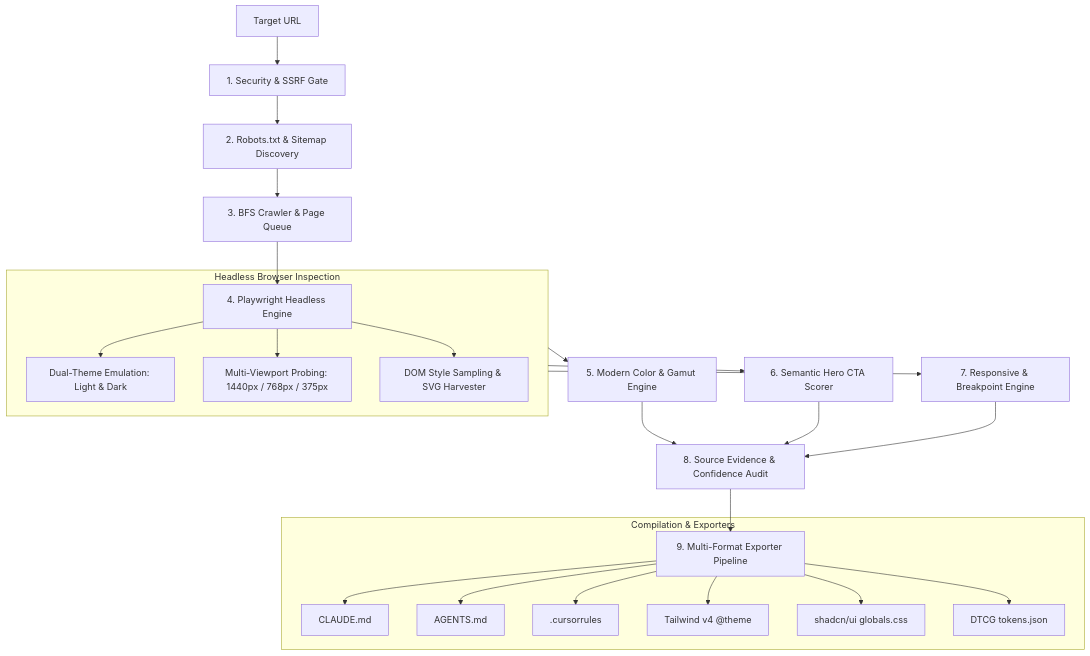
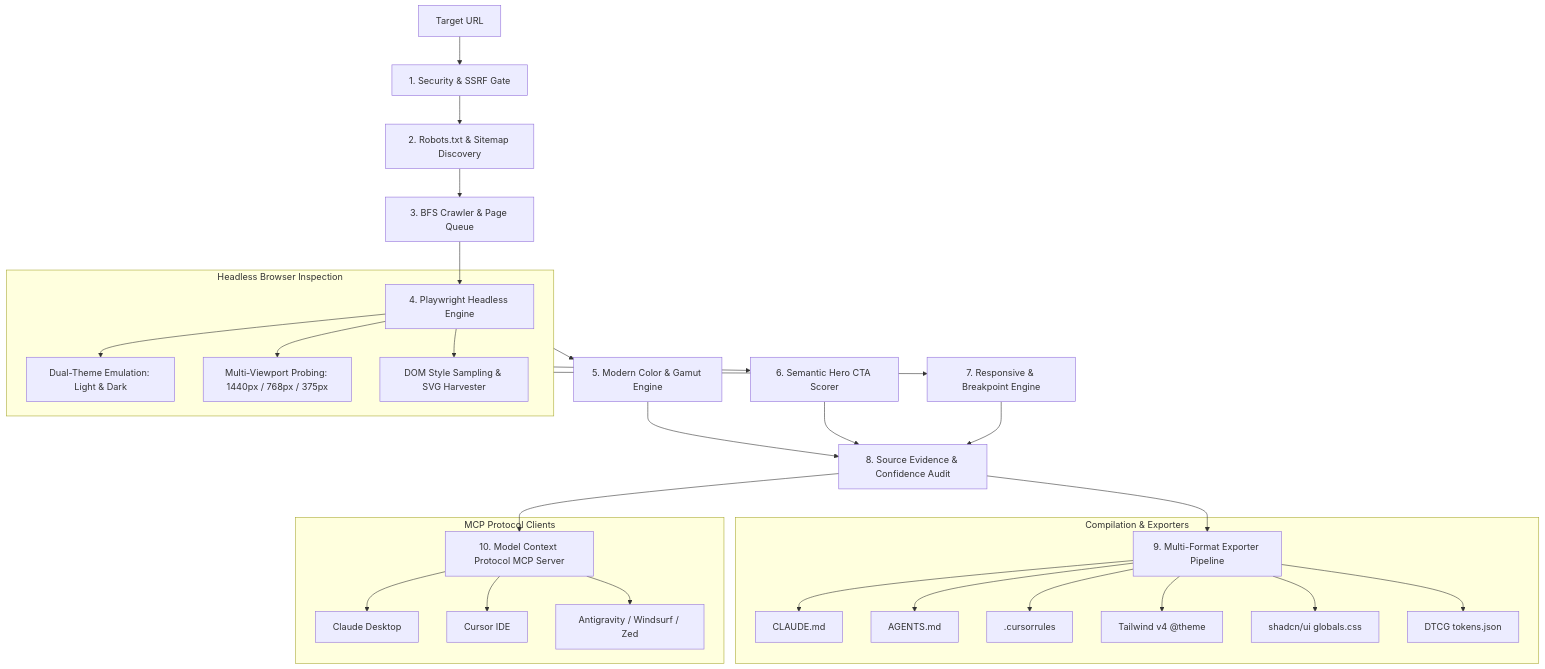
The first of 2 diagrams in docs/ARCHITECTURE.md (spidervirus/styleprobe), drawn with Mermaid before and after one commit. The commit also changed other lines of this file and 9 other files, not shown here.

Commit message:
feat: add native Model Context Protocol (MCP) server for Claude Desktop and Cursor

````diff
--- a/docs/ARCHITECTURE.md
+++ b/docs/ARCHITECTURE.md
@@ -9,33 +9,40 @@
 ```mermaid
 flowchart TD
     Target[Target URL] --> SecurityGate[1. Security & SSRF Gate]
     SecurityGate --> RobotsSitemap[2. Robots.txt & Sitemap Discovery]
     RobotsSitemap --> Crawler[3. BFS Crawler & Page Queue]
     
     Crawler --> PlaywrightEngine[4. Playwright Headless Engine]
     
     subgraph BrowserInspection [Headless Browser Inspection]
         PlaywrightEngine --> DualTheme[Dual-Theme Emulation: Light & Dark]
         PlaywrightEngine --> ViewportProbes[Multi-Viewport Probing: 1440px / 768px / 375px]
         PlaywrightEngine --> DOMSampler[DOM Style Sampling & SVG Harvester]
     end
     
     BrowserInspection --> ColorEngine[5. Modern Color & Gamut Engine]
     BrowserInspection --> CTAScorer[6. Semantic Hero CTA Scorer]
     BrowserInspection --> ResponsiveEngine[7. Responsive & Breakpoint Engine]
     
     ColorEngine --> EvidenceAudit[8. Source Evidence & Confidence Audit]
     CTAScorer --> EvidenceAudit
     ResponsiveEngine --> EvidenceAudit
     
     EvidenceAudit --> FormatterPipeline[9. Multi-Format Exporter Pipeline]
+    EvidenceAudit --> MCPServer[10. Model Context Protocol MCP Server]
     
     subgraph Exporters [Compilation & Exporters]
         FormatterPipeline --> ClaudeMD[CLAUDE.md]
         FormatterPipeline --> AgentsMD[AGENTS.md]
         FormatterPipeline --> CursorRules[.cursorrules]
         FormatterPipeline --> TailwindV4[Tailwind v4 @theme]
         FormatterPipeline --> ShadcnUI[shadcn/ui globals.css]
         FormatterPipeline --> FigmaTokens[DTCG tokens.json]
     end
+
+    subgraph MCPAgents [MCP Protocol Clients]
+        MCPServer --> ClaudeDesktop[Claude Desktop]
+        MCPServer --> CursorIDE[Cursor IDE]
+        MCPServer --> Antigravity[Antigravity / Windsurf / Zed]
+    end
 ```
````
